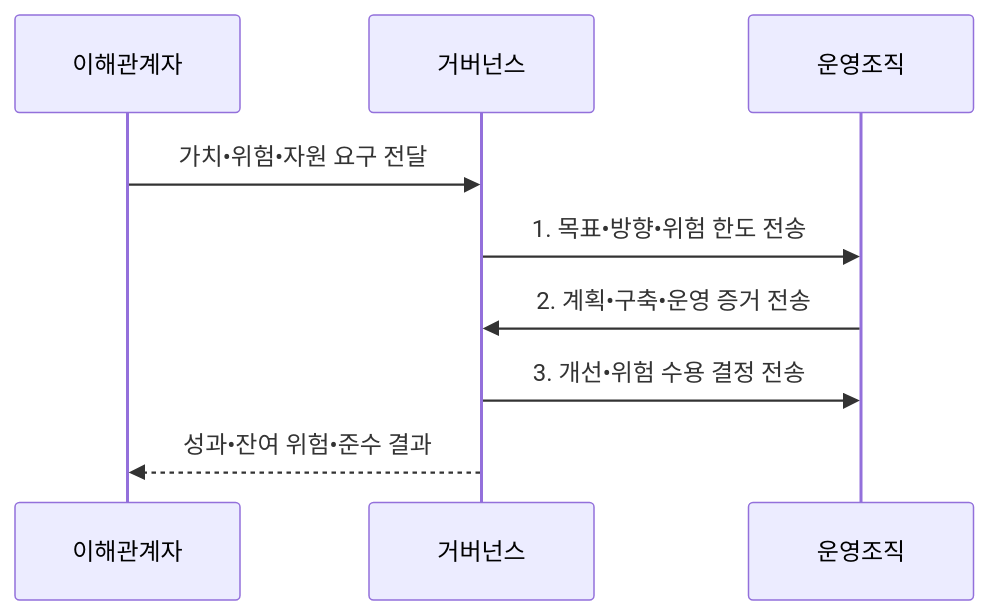
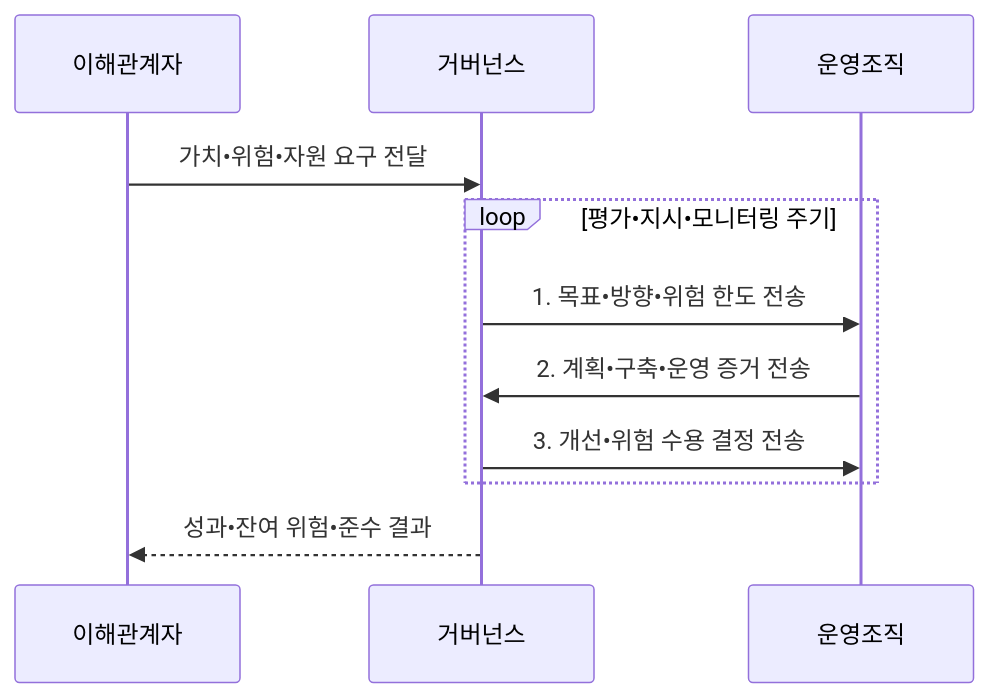
Before and after one commit to agnusdei1207/knowledge-base: the second of 2 diagrams in src/content/docs/notes/07-law-policy/005_it_governance_cobit.md, drawn with Mermaid. The commit also changed other lines of this file and 18 other files, not shown here.

````diff
--- a/src/content/docs/notes/07-law-policy/005_it_governance_cobit.md
+++ b/src/content/docs/notes/07-law-policy/005_it_governance_cobit.md
@@ -103,11 +103,13 @@
 ```mermaid
 sequenceDiagram
     participant S as 이해관계자
     participant G as 거버넌스
     participant O as 운영조직
     S->>G: 가치•위험•자원 요구 전달
-    G->>O: 1. 목표•방향•위험 한도 전송
-    O->>G: 2. 계획•구축•운영 증거 전송
-    G->>O: 3. 개선•위험 수용 결정 전송
+    loop 평가•지시•모니터링 주기
+        G->>O: 1. 목표•방향•위험 한도 전송
+        O->>G: 2. 계획•구축•운영 증거 전송
+        G->>O: 3. 개선•위험 수용 결정 전송
+    end
     G-->>S: 성과•잔여 위험•준수 결과
 ```
````
